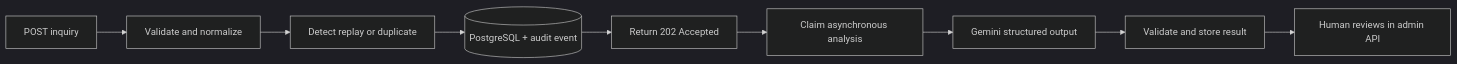
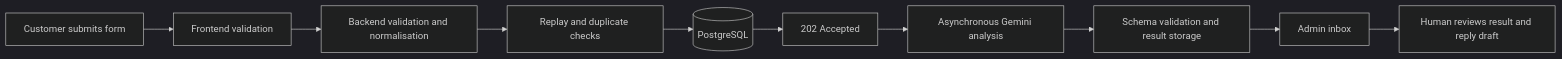
Before and after one commit to RometPajanin/ClientAutomation: the diagram in README.md, drawn with Mermaid (dark theme). The commit also changed other lines of this file, not shown here.

````diff
--- a/README.md
+++ b/README.md
@@ -15,11 +27,12 @@
 ```mermaid
 flowchart LR
-    A[POST inquiry] --> B[Validate and normalize]
-    B --> C[Detect replay or duplicate]
-    C --> D[(PostgreSQL + audit event)]
-    D --> E[Return 202 Accepted]
-    E --> F[Claim asynchronous analysis]
-    F --> G[Gemini structured output]
-    G --> H[Validate and store result]
-    H --> I[Human reviews in admin API]
+    A[Customer submits form] --> B[Frontend validation]
+    B --> C[Backend validation and normalisation]
+    C --> D[Replay and duplicate checks]
+    D --> E[(PostgreSQL)]
+    E --> F[202 Accepted]
+    F --> G[Asynchronous Gemini analysis]
+    G --> H[Schema validation and result storage]
+    H --> I[Admin inbox]
+    I --> J[Human reviews result and reply draft]
 ```
````
